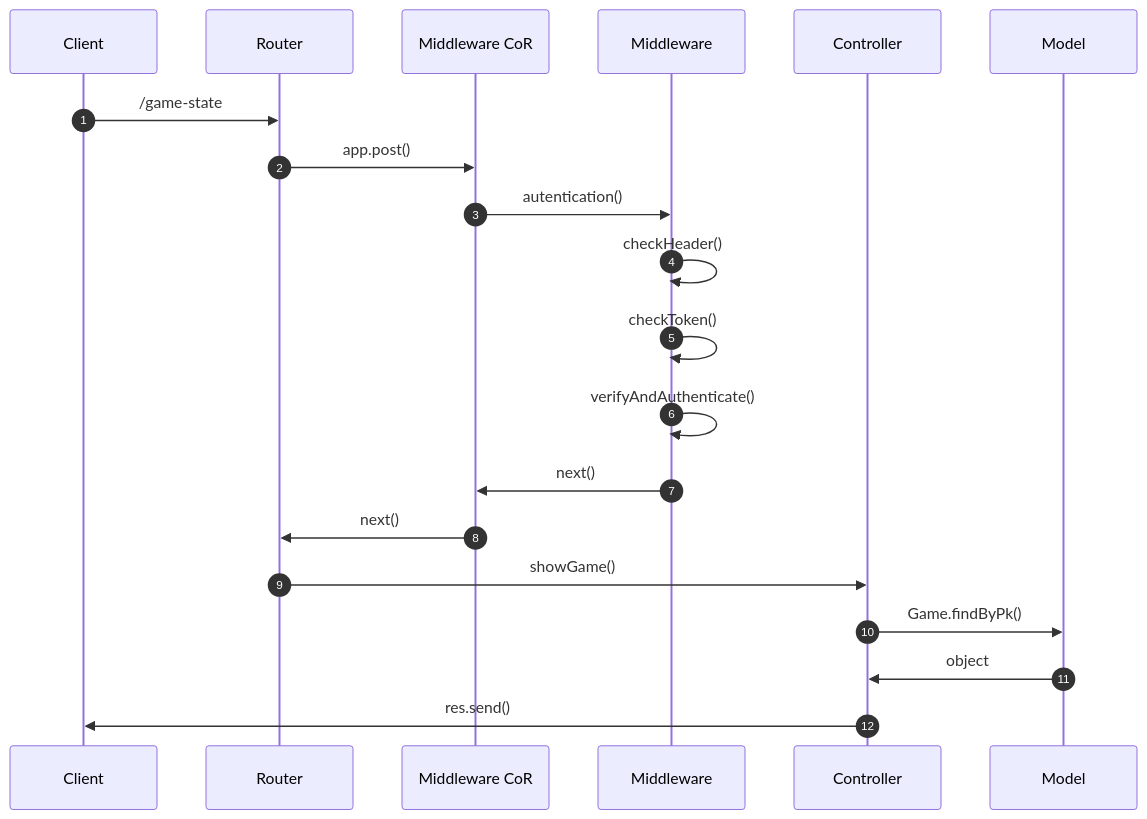
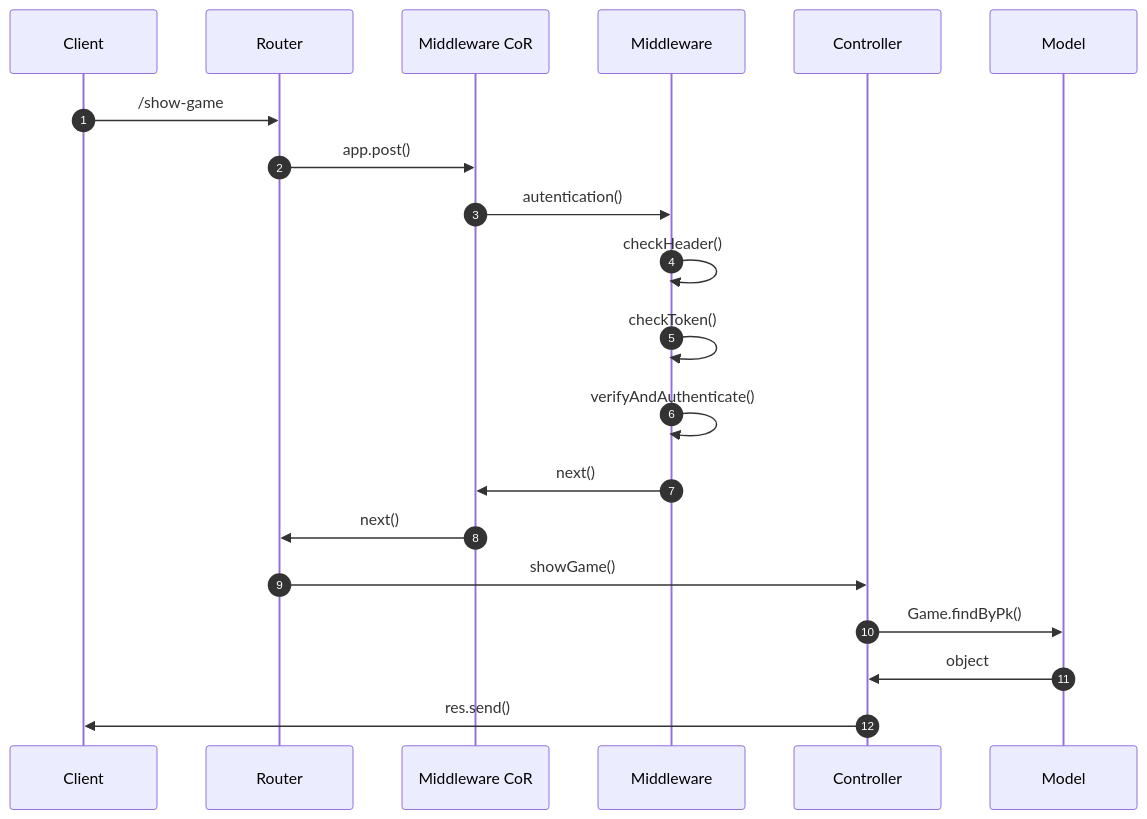
Before and after one commit to mreddee/Progetto-Dama-PA: the third of 10 diagrams in README.md, drawn with Mermaid. The commit also changed other lines of this file, not shown here.

````diff
--- a/README.md
+++ b/README.md
@@ -206,16 +206,16 @@
 ```mermaid
 sequenceDiagram
 autonumber
-Client->>Router: /game-state
+Client->>Router: /show-game
 Router->>Middleware CoR: app.post()
 Middleware CoR->>Middleware: autentication()
 Middleware->>Middleware: checkHeader()
 Middleware->>Middleware: checkToken()
 Middleware->>Middleware: verifyAndAuthenticate()
 Middleware->>Middleware CoR: next()
 Middleware CoR->>Router: next()
 Router->>Controller: showGame()
 Controller->>Model: Game.findByPk()
 Model->>Controller: object
 Controller->>Client: res.send()
 ```
````
